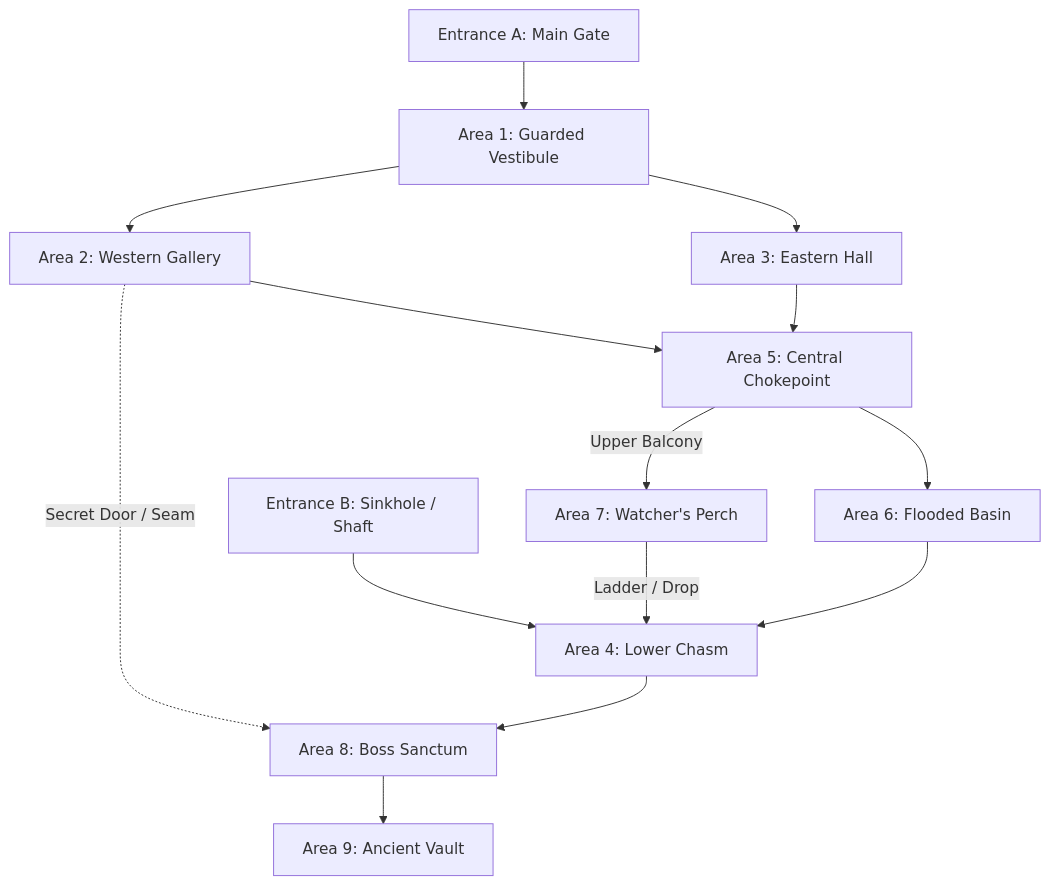
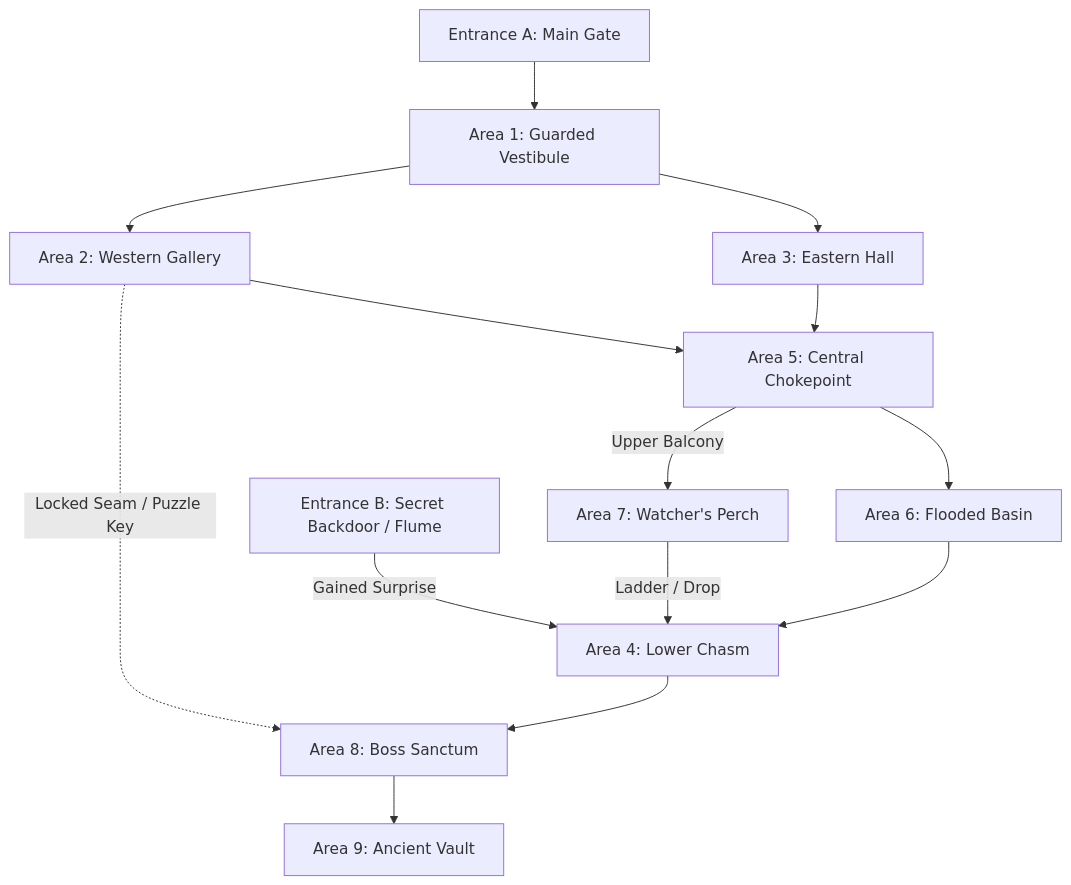
Before and after one commit to firelightrpg/dm-skills: the diagram in one-page-dungeon/SKILL.md, drawn with Mermaid. The commit also changed other lines of this file and 1 other file, not shown here.

Commit message:
feat: codify enforced-order Jaquaying and 6 5-room flow archetypes

````diff
--- a/one-page-dungeon/SKILL.md
+++ b/one-page-dungeon/SKILL.md
@@ -18,23 +31,23 @@
 ```mermaid
 flowchart TD
     E1["Entrance A: Main Gate"] --> R1["Area 1: Guarded Vestibule"]
-    E2["Entrance B: Sinkhole / Shaft"] --> R4["Area 4: Lower Chasm"]
+    E2["Entrance B: Secret Backdoor / Flume"] -->|Gained Surprise| R4["Area 4: Lower Chasm"]
     
     R1 --> R2["Area 2: Western Gallery"]
     R1 --> R3["Area 3: Eastern Hall"]
     
     %% Loop 1
     R2 --> R5["Area 5: Central Chokepoint"]
     R3 --> R5
     
     %% Loop 2 & Elevation
     R5 --> R6["Area 6: Flooded Basin"]
     R5 -->|Upper Balcony| R7["Area 7: Watcher's Perch"]
     R7 -->|Ladder / Drop| R4
     R6 --> R4
     
-    %% Secret Shortcut
-    R2 -.->|Secret Door / Seam| R8["Area 8: Boss Sanctum"]
+    %% Secret Shortcut (Gated)
+    R2 -.->|Locked Seam / Puzzle Key| R8["Area 8: Boss Sanctum"]
     R4 --> R8
     R8 --> R9["Area 9: Ancient Vault"]
 ```
````
